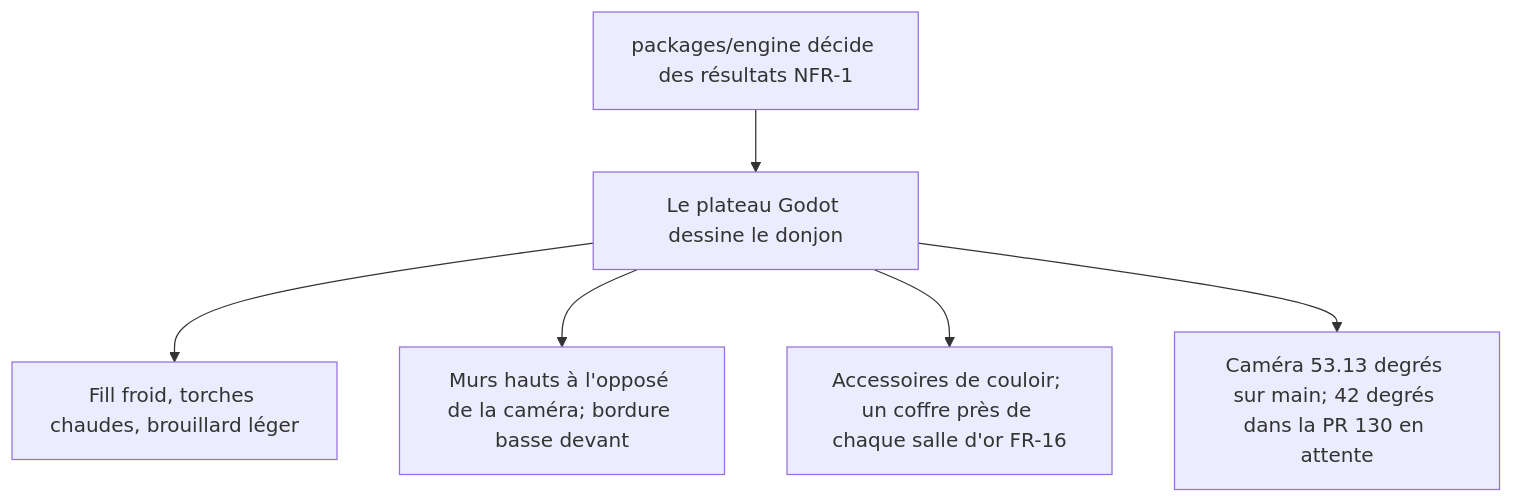
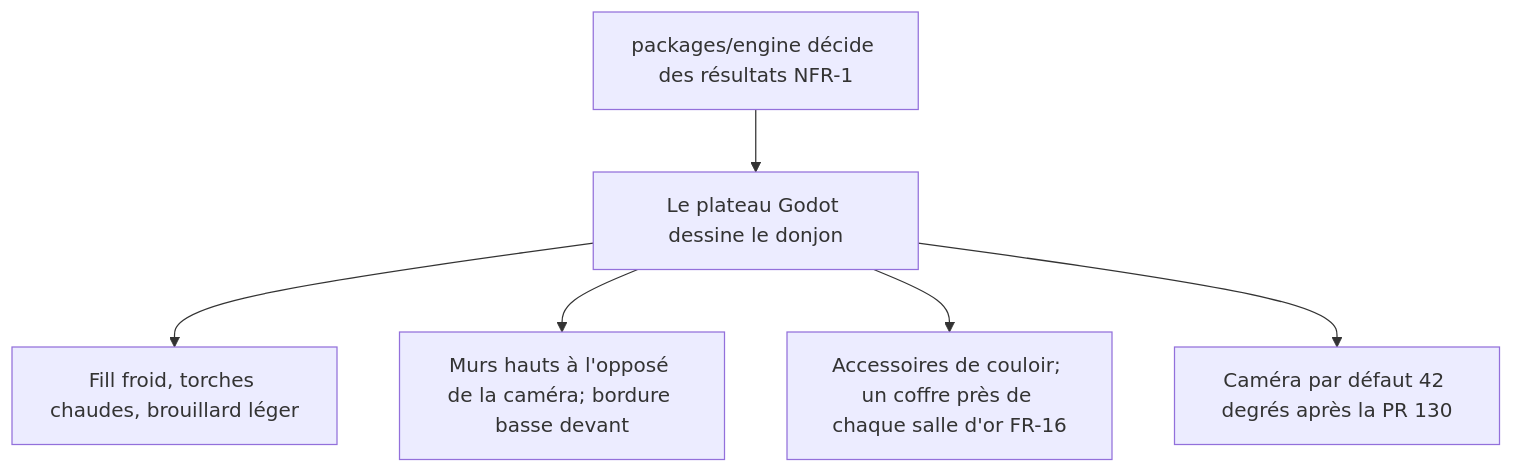
The third of 3 diagrams in docs/fr/PLAYER_GUIDE.md (artofdream/zorg-dungeon), drawn with Mermaid before and after one commit. The commit also changed other lines of this file and 4 other files, not shown here.

````diff
--- a/docs/fr/PLAYER_GUIDE.md
+++ b/docs/fr/PLAYER_GUIDE.md
@@ -120,10 +120,10 @@
 ```mermaid
 flowchart TB
   engine["packages/engine décide des résultats NFR-1"]
   board["Le plateau Godot dessine le donjon"]
   engine --> board
   board --> light["Fill froid, torches chaudes, brouillard léger"]
   board --> walls["Murs hauts à l'opposé de la caméra; bordure basse devant"]
   board --> props["Accessoires de couloir; un coffre près de chaque salle d'or FR-16"]
-  board --> cam["Caméra 53.13 degrés sur main; 42 degrés dans la PR 130 en attente"]
+  board --> cam["Caméra par défaut 42 degrés après la PR 130"]
 ```
````
